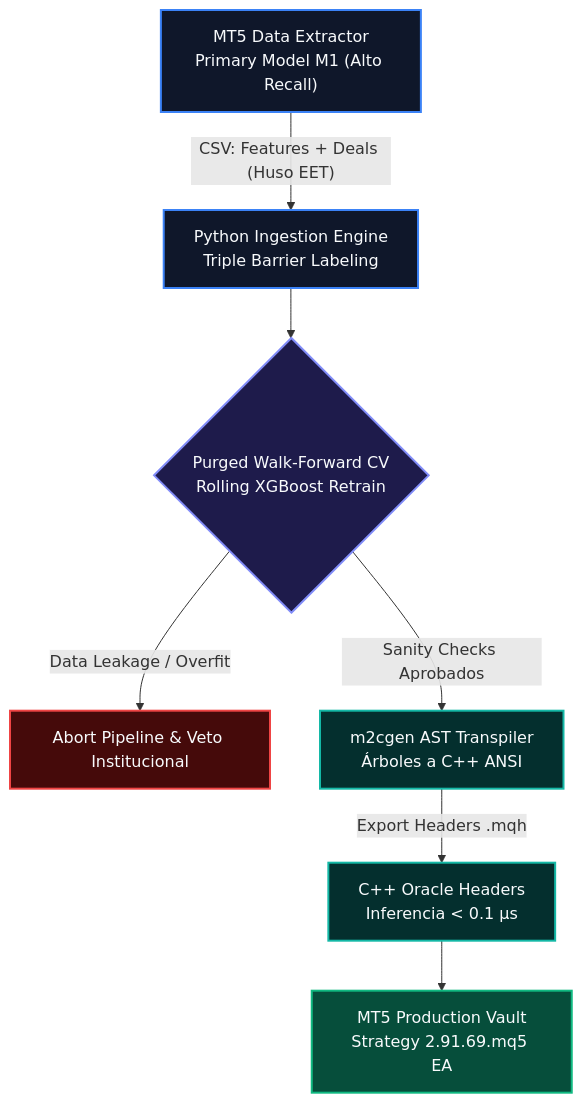
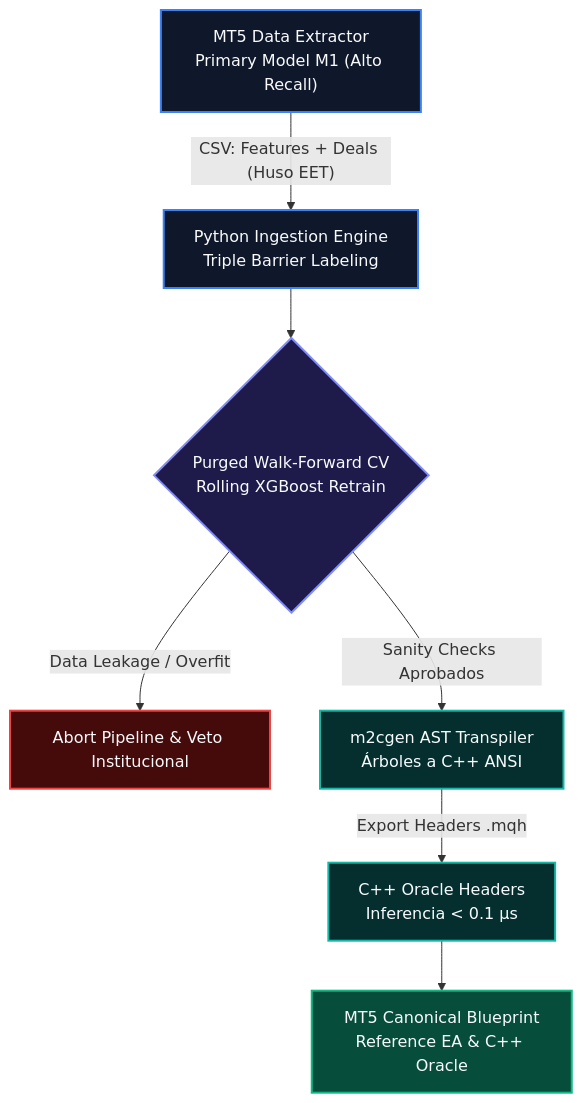
Before and after one commit to manuel-amado/hma-metalabeling-core: the diagram in docs/index.md, drawn with Mermaid. The commit also changed other lines of this file and 48 other files, not shown here.

````diff
--- a/docs/index.md
+++ b/docs/index.md
@@ -62,16 +63,16 @@
 ```mermaid
 flowchart TD
     classDef stage fill:#0f172a,stroke:#3b82f6,stroke-width:2px,color:#f8fafc
     classDef data fill:#1e293b,stroke:#64748b,stroke-width:1px,color:#f8fafc
     classDef model fill:#1e1b4b,stroke:#818cf8,stroke-width:2px,color:#f8fafc
     classDef transpile fill:#042f2e,stroke:#14b8a6,stroke-width:2px,color:#f8fafc
     classDef vault fill:#064e3b,stroke:#10b981,stroke-width:2px,color:#f8fafc
     classDef fail fill:#450a0a,stroke:#ef4444,stroke-width:2px,color:#f8fafc
 
     A["MT5 Data Extractor<br/>Primary Model M1 (Alto Recall)"]:::stage -->|"CSV: Features + Deals (Huso EET)"| B["Python Ingestion Engine<br/>Triple Barrier Labeling"]:::stage
     B --> C{"Purged Walk-Forward CV<br/>Rolling XGBoost Retrain"}:::model
     C -->|"Data Leakage / Overfit"| E["Abort Pipeline & Veto Institucional"]:::fail
     C -->|"Sanity Checks Aprobados"| D["m2cgen AST Transpiler<br/>Árboles a C++ ANSI"]:::transpile
     D -->|"Export Headers .mqh"| F["C++ Oracle Headers<br/>Inferencia < 0.1 µs"]:::transpile
-    F --> G["MT5 Production Vault<br/>Strategy 2.91.69.mq5 EA"]:::vault
+    F --> G["MT5 Canonical Blueprint<br/>Reference EA & C++ Oracle"]:::vault
 ```
````
